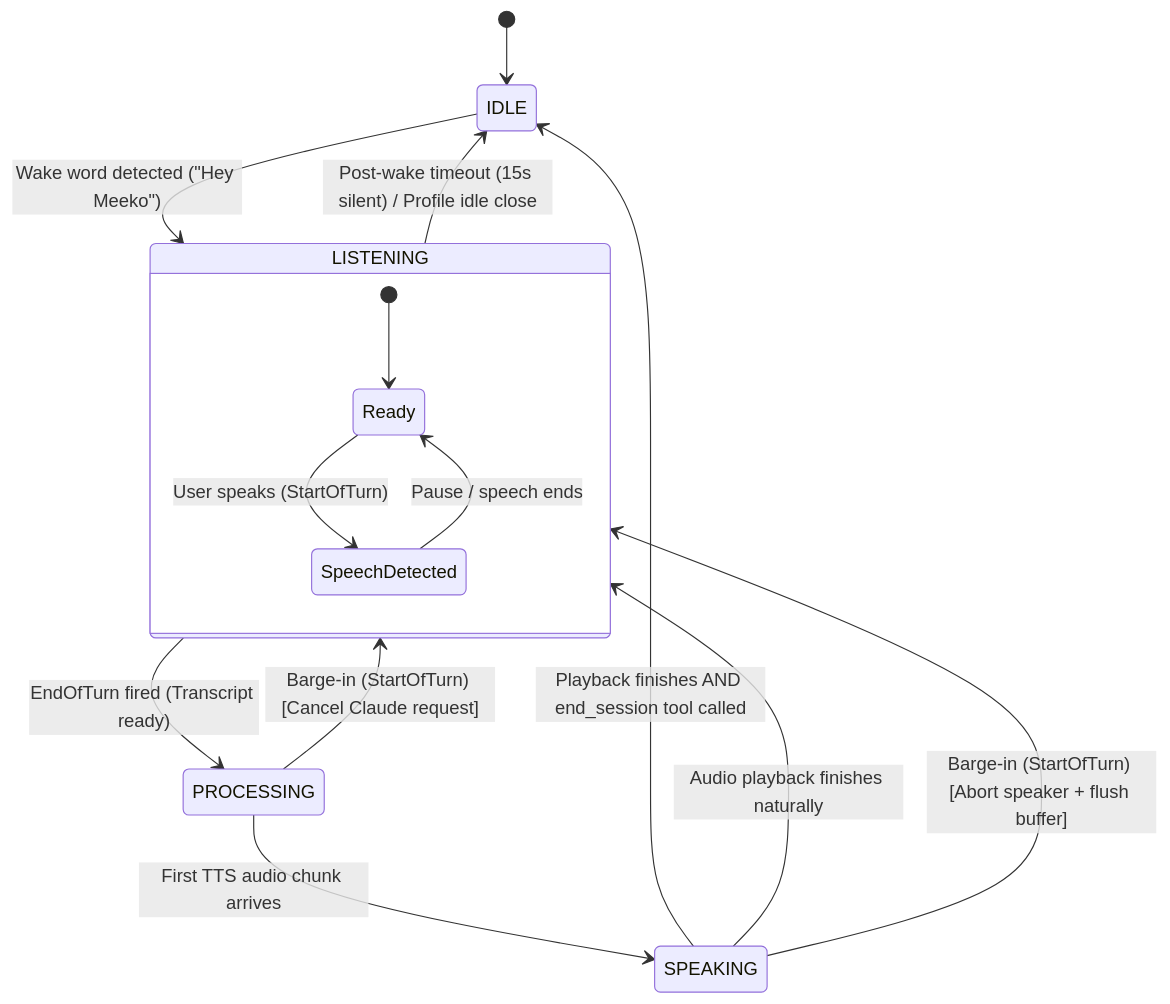
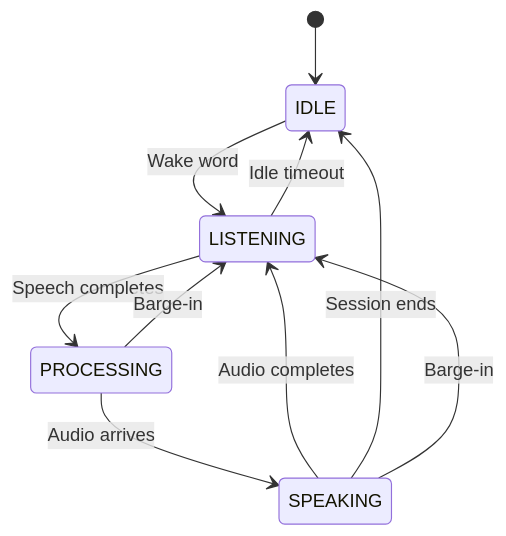
One commit to rculbertson/meeko changed the second of 3 diagrams in docs/architecture.md. Above: the diagram before and after it, drawn with Mermaid.

Commit message:
docs: simplify state diagram with symmetric 2-word labels

````diff
--- a/docs/architecture.md
+++ b/docs/architecture.md
@@ -224,22 +224,16 @@
 ```mermaid
 stateDiagram-v2
     [*] --> IDLE
 
-    IDLE --> LISTENING: Wake word detected ("Hey Meeko")
+    IDLE --> LISTENING: Wake word
 
-    state LISTENING {
-        [*] --> Ready
-        Ready --> SpeechDetected: User speaks (StartOfTurn)
-        SpeechDetected --> Ready: Pause / speech ends
-    }
+    LISTENING --> PROCESSING: Speech completes
+    LISTENING --> IDLE: Idle timeout
 
-    LISTENING --> IDLE: Post-wake timeout (15s silent) / Profile idle close
-    LISTENING --> PROCESSING: EndOfTurn fired (Transcript ready)
+    PROCESSING --> SPEAKING: Audio arrives
+    PROCESSING --> LISTENING: Barge-in
 
-    PROCESSING --> SPEAKING: First TTS audio chunk arrives
-    PROCESSING --> LISTENING: Barge-in (StartOfTurn) [Cancel Claude request]
-
-    SPEAKING --> LISTENING: Audio playback finishes naturally
-    SPEAKING --> IDLE: Playback finishes AND end_session tool called
-    SPEAKING --> LISTENING: Barge-in (StartOfTurn) [Abort speaker + flush buffer]
+    SPEAKING --> LISTENING: Audio completes
+    SPEAKING --> IDLE: Session ends
+    SPEAKING --> LISTENING: Barge-in
 ```
````
